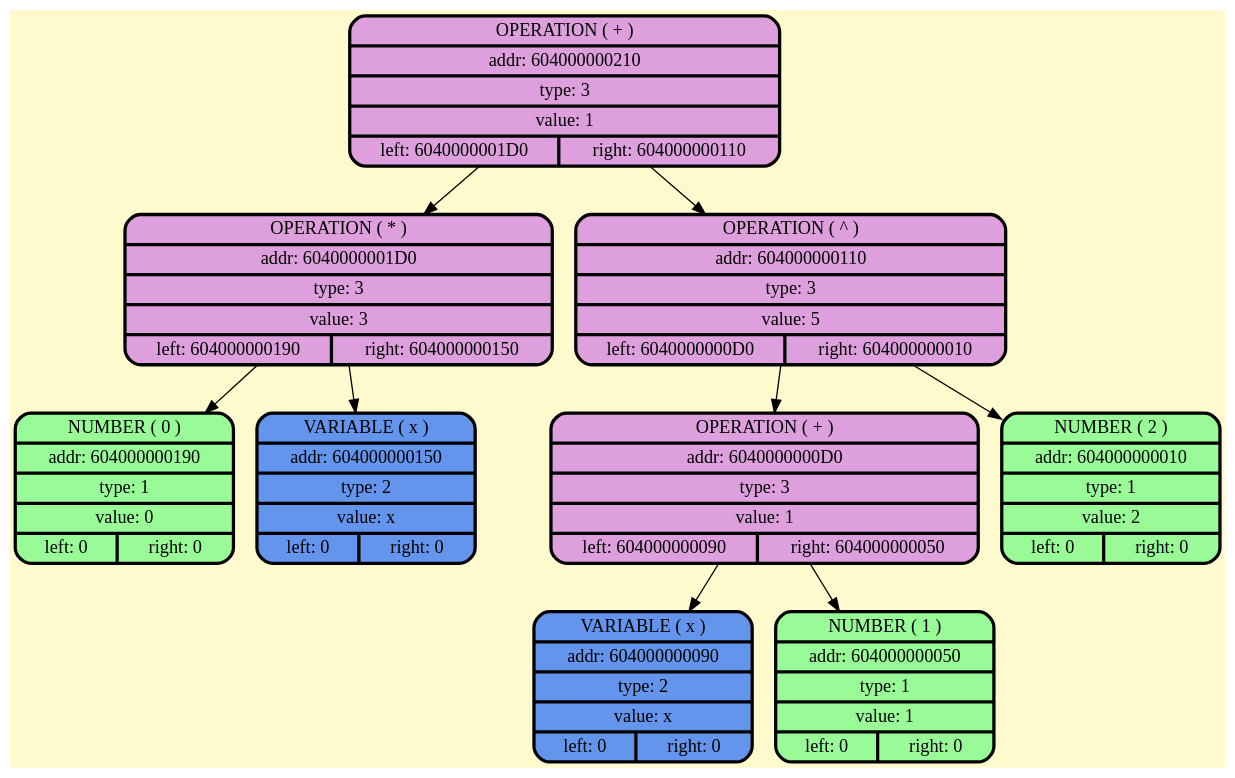
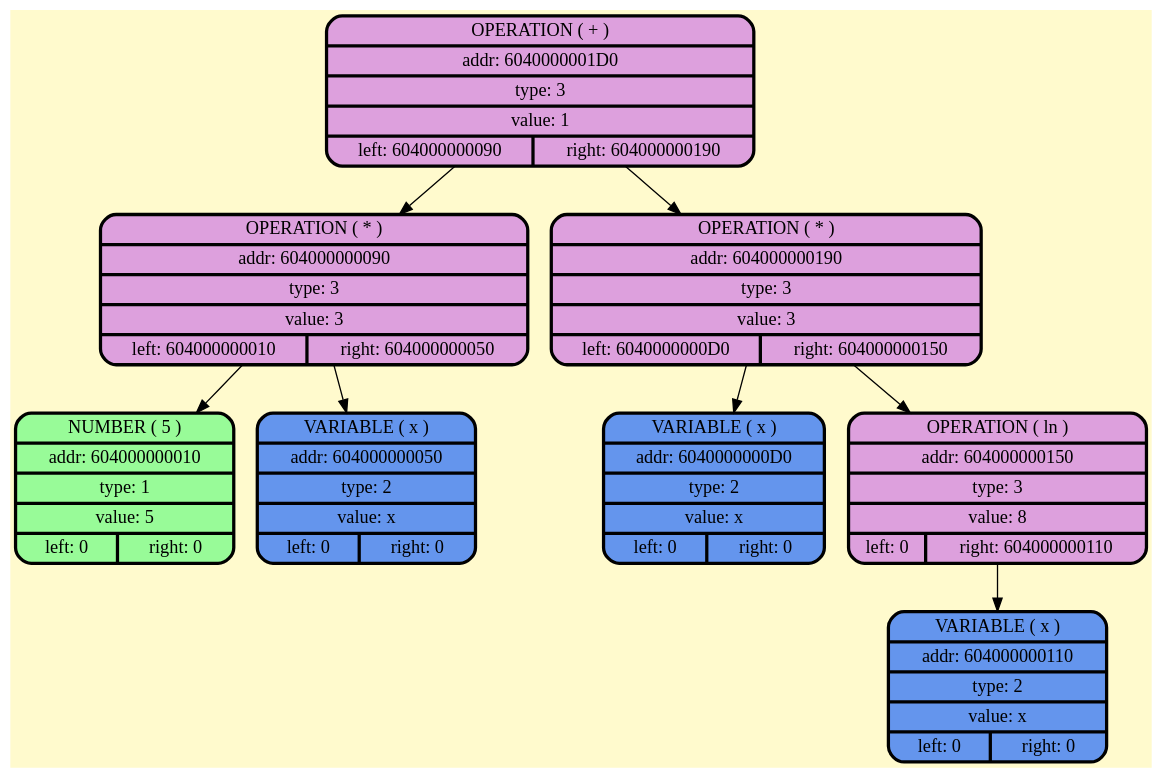
Before and after one commit to BulgakovDmitry/differentiator: the diagram in dumpGraph/root.gv, drawn with Graphviz. The commit also changed 18 other files, not shown here.

```diff
--- a/dumpGraph/root.gv
+++ b/dumpGraph/root.gv
@@ -1,22 +1,20 @@
 digraph G {
     node [style=filled, fontcolor=darkblue, fillcolor=peachpuff, color="#252A34", penwidth=2.5];
     bgcolor="lemonchiffon";
 
-node_0x604000000210 [shape=Mrecord; style = filled; fillcolor=plum; color = "#000000"; fontcolor = "#000000";label=" {OPERATION ( + ) | addr: 604000000210 | type: 3 | value: 1 | {left: 6040000001D0 | right: 604000000110}} "];
-node_0x6040000001d0 [shape=Mrecord; style = filled; fillcolor=plum; color = "#000000"; fontcolor = "#000000";label=" {OPERATION ( * ) | addr: 6040000001D0 | type: 3 | value: 3 | {left: 604000000190 | right: 604000000150}} "];
-    node_0x604000000190 [shape=Mrecord; style = filled; fillcolor = palegreen; color = "#000000"; fontcolor = "#000000";  label="  {NUMBER ( 0 )| addr: 604000000190 | type: 1| value: 0 | {left: 0 | right: 0}} "];
-    node_0x604000000150 [shape=Mrecord; style = filled; fillcolor = cornflowerblue; color = "#000000"; fontcolor = "#000000";  label="  {VARIABLE ( x )| addr: 604000000150 | type: 2| value: x | {left: 0 | right: 0}} "];
-node_0x604000000110 [shape=Mrecord; style = filled; fillcolor=plum; color = "#000000"; fontcolor = "#000000";label=" {OPERATION ( ^ ) | addr: 604000000110 | type: 3 | value: 5 | {left: 6040000000D0 | right: 604000000010}} "];
-node_0x6040000000d0 [shape=Mrecord; style = filled; fillcolor=plum; color = "#000000"; fontcolor = "#000000";label=" {OPERATION ( + ) | addr: 6040000000D0 | type: 3 | value: 1 | {left: 604000000090 | right: 604000000050}} "];
-    node_0x604000000090 [shape=Mrecord; style = filled; fillcolor = cornflowerblue; color = "#000000"; fontcolor = "#000000";  label="  {VARIABLE ( x )| addr: 604000000090 | type: 2| value: x | {left: 0 | right: 0}} "];
-    node_0x604000000050 [shape=Mrecord; style = filled; fillcolor = palegreen; color = "#000000"; fontcolor = "#000000";  label="  {NUMBER ( 1 )| addr: 604000000050 | type: 1| value: 1 | {left: 0 | right: 0}} "];
-    node_0x604000000010 [shape=Mrecord; style = filled; fillcolor = palegreen; color = "#000000"; fontcolor = "#000000";  label="  {NUMBER ( 2 )| addr: 604000000010 | type: 1| value: 2 | {left: 0 | right: 0}} "];
-    node_0x604000000210 -> node_0x6040000001d0;
+node_0x6040000001d0 [shape=Mrecord; style = filled; fillcolor=plum; color = "#000000"; fontcolor = "#000000";label=" {OPERATION ( + ) | addr: 6040000001D0 | type: 3 | value: 1 | {left: 604000000090 | right: 604000000190}} "];
+node_0x604000000090 [shape=Mrecord; style = filled; fillcolor=plum; color = "#000000"; fontcolor = "#000000";label=" {OPERATION ( * ) | addr: 604000000090 | type: 3 | value: 3 | {left: 604000000010 | right: 604000000050}} "];
+    node_0x604000000010 [shape=Mrecord; style = filled; fillcolor = palegreen; color = "#000000"; fontcolor = "#000000";  label="  {NUMBER ( 5 )| addr: 604000000010 | type: 1| value: 5 | {left: 0 | right: 0}} "];
+    node_0x604000000050 [shape=Mrecord; style = filled; fillcolor = cornflowerblue; color = "#000000"; fontcolor = "#000000";  label="  {VARIABLE ( x )| addr: 604000000050 | type: 2| value: x | {left: 0 | right: 0}} "];
+node_0x604000000190 [shape=Mrecord; style = filled; fillcolor=plum; color = "#000000"; fontcolor = "#000000";label=" {OPERATION ( * ) | addr: 604000000190 | type: 3 | value: 3 | {left: 6040000000D0 | right: 604000000150}} "];
+    node_0x6040000000d0 [shape=Mrecord; style = filled; fillcolor = cornflowerblue; color = "#000000"; fontcolor = "#000000";  label="  {VARIABLE ( x )| addr: 6040000000D0 | type: 2| value: x | {left: 0 | right: 0}} "];
+node_0x604000000150 [shape=Mrecord; style = filled; fillcolor=plum; color = "#000000"; fontcolor = "#000000";label=" {OPERATION ( ln ) | addr: 604000000150 | type: 3 | value: 8 | {left: 0 | right: 604000000110}} "];
+    node_0x604000000110 [shape=Mrecord; style = filled; fillcolor = cornflowerblue; color = "#000000"; fontcolor = "#000000";  label="  {VARIABLE ( x )| addr: 604000000110 | type: 2| value: x | {left: 0 | right: 0}} "];
+    node_0x6040000001d0 -> node_0x604000000090;
+    node_0x604000000090 -> node_0x604000000010;
+    node_0x604000000090 -> node_0x604000000050;
     node_0x6040000001d0 -> node_0x604000000190;
-    node_0x6040000001d0 -> node_0x604000000150;
-    node_0x604000000210 -> node_0x604000000110;
-    node_0x604000000110 -> node_0x6040000000d0;
-    node_0x6040000000d0 -> node_0x604000000090;
-    node_0x6040000000d0 -> node_0x604000000050;
-    node_0x604000000110 -> node_0x604000000010;
+    node_0x604000000190 -> node_0x6040000000d0;
+    node_0x604000000190 -> node_0x604000000150;
+    node_0x604000000150 -> node_0x604000000110;
 }
```
